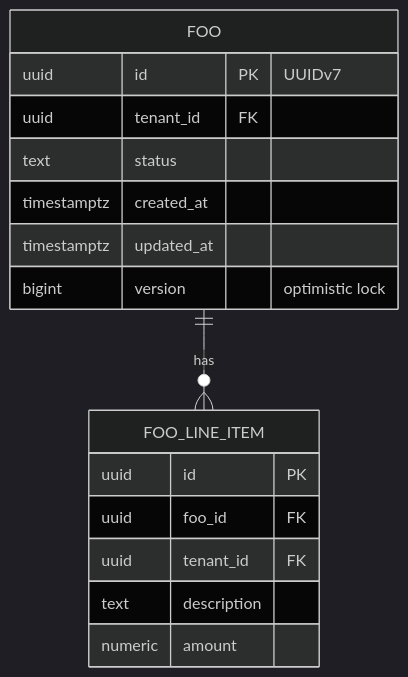
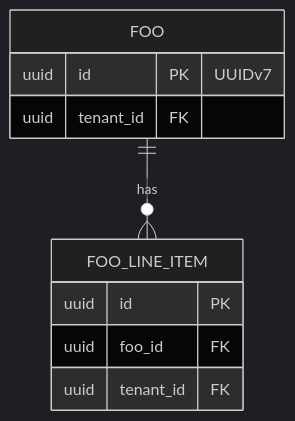
Before and after one commit to mhshahin01/builders-skills: the diagram in lld-unifier/chunks/05-data-model.md, drawn with Mermaid (dark theme). The commit also changed other lines of this file and 31 other files, not shown here.

````diff
--- a/lld-unifier/chunks/05-data-model.md
+++ b/lld-unifier/chunks/05-data-model.md
@@ -16,19 +18,13 @@
 ```mermaid
 erDiagram
   FOO ||--o{ FOO_LINE_ITEM : has
   FOO {
     uuid id PK "UUIDv7"
     uuid tenant_id FK
-    text status
-    timestamptz created_at
-    timestamptz updated_at
-    bigint version "optimistic lock"
   }
   FOO_LINE_ITEM {
     uuid id PK
     uuid foo_id FK
     uuid tenant_id FK
-    text description
-    numeric amount
   }
 ```
````
